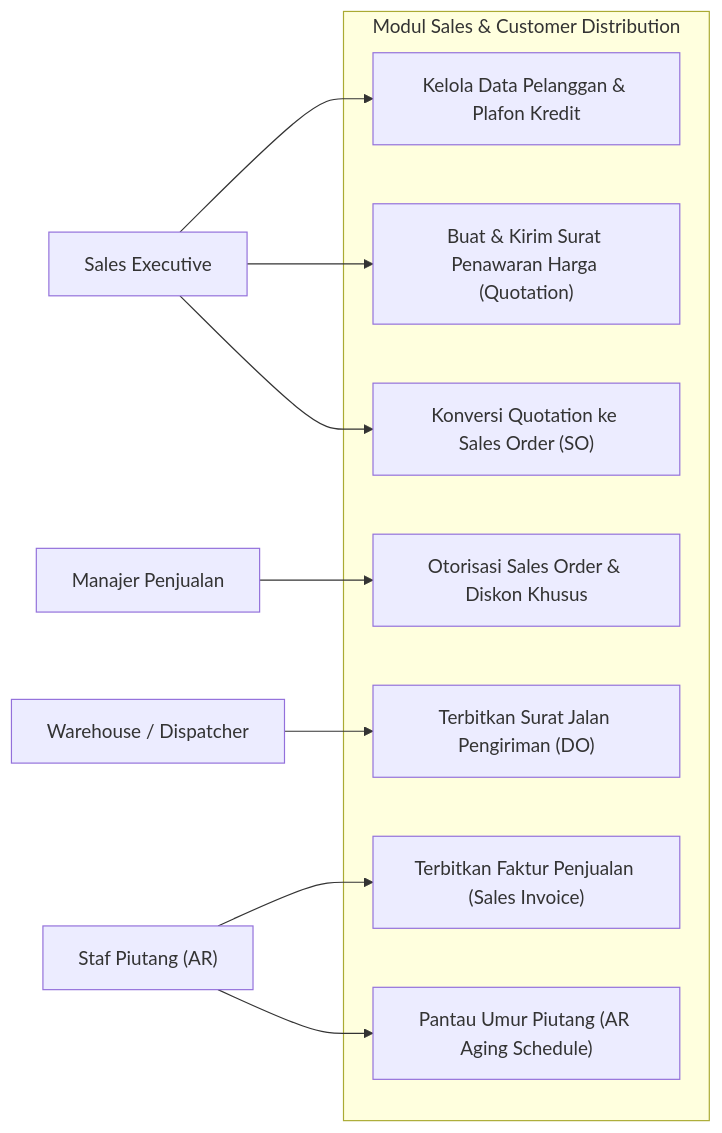
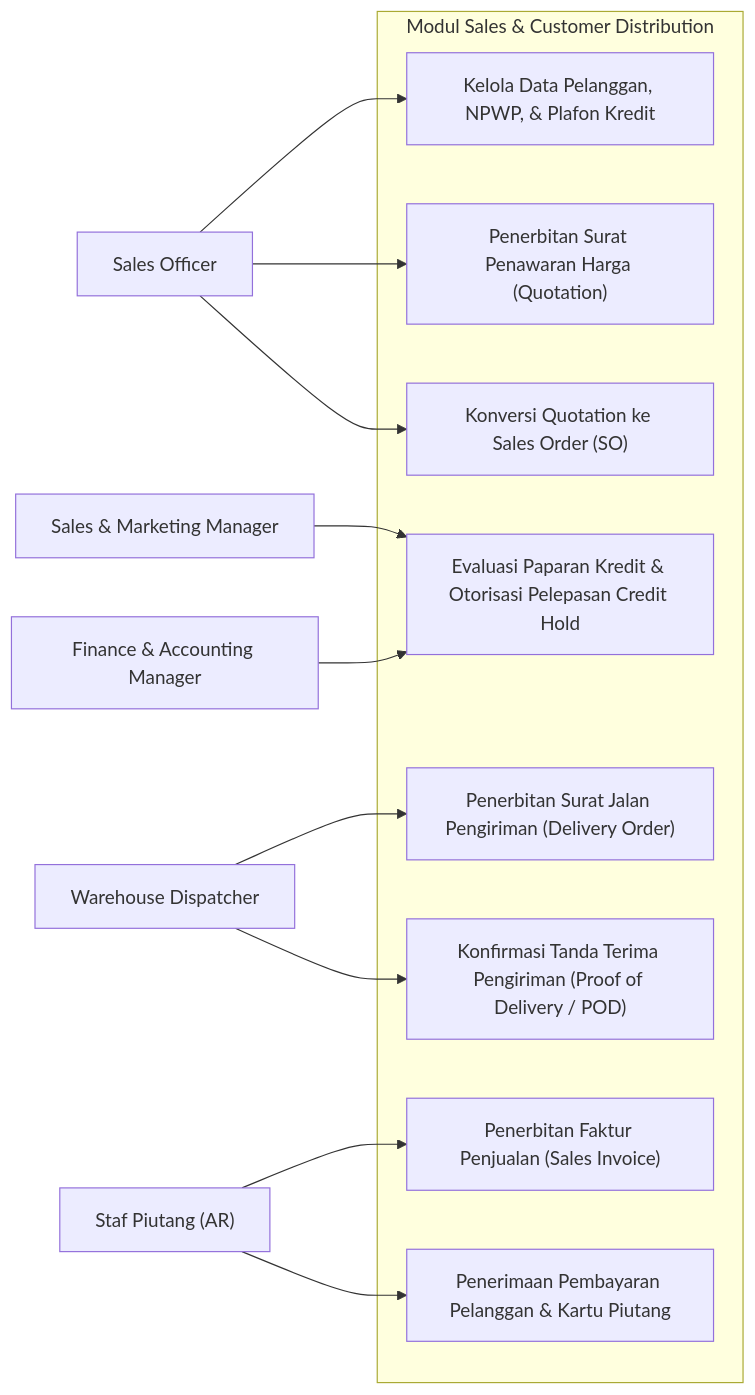
Before and after one commit to Vall-Here/mnf-erp-nextjs-golang: the first of 4 diagrams in sdd/03_sales_sdd.md, drawn with Mermaid. The commit also changed other lines of this file and 10 other files, not shown here.

````diff
--- a/sdd/03_sales_sdd.md
+++ b/sdd/03_sales_sdd.md
@@ -13,28 +13,32 @@
 ```mermaid
 flowchart LR
-    SalesRep["Sales Executive"]
-    SalesMgr["Manajer Penjualan"]
-    WhLead["Warehouse / Dispatcher"]
+    SalesRep["Sales Officer"]
+    SalesMgr["Sales & Marketing Manager"]
+    FinMgr["Finance & Accounting Manager"]
+    WhLead["Warehouse Dispatcher"]
     ARStaff["Staf Piutang (AR)"]
 
     subgraph SalesModule ["Modul Sales & Customer Distribution"]
-        UC1["Kelola Data Pelanggan & Plafon Kredit"]
-        UC2["Buat & Kirim Surat Penawaran Harga (Quotation)"]
+        UC1["Kelola Data Pelanggan, NPWP, & Plafon Kredit"]
+        UC2["Penerbitan Surat Penawaran Harga (Quotation)"]
         UC3["Konversi Quotation ke Sales Order (SO)"]
-        UC4["Otorisasi Sales Order & Diskon Khusus"]
-        UC5["Terbitkan Surat Jalan Pengiriman (DO)"]
-        UC6["Terbitkan Faktur Penjualan (Sales Invoice)"]
-        UC7["Pantau Umur Piutang (AR Aging Schedule)"]
+        UC4["Evaluasi Paparan Kredit & Otorisasi Pelepasan Credit Hold"]
+        UC5["Penerbitan Surat Jalan Pengiriman (Delivery Order)"]
+        UC6["Konfirmasi Tanda Terima Pengiriman (Proof of Delivery / POD)"]
+        UC7["Penerbitan Faktur Penjualan (Sales Invoice)"]
+        UC8["Penerimaan Pembayaran Pelanggan & Kartu Piutang"]
     end
 
     SalesRep --> UC1
     SalesRep --> UC2
     SalesRep --> UC3
 
     SalesMgr --> UC4
+    FinMgr --> UC4
 
     WhLead --> UC5
+    WhLead --> UC6
 
-    ARStaff --> UC6
     ARStaff --> UC7
+    ARStaff --> UC8
 ```
````
